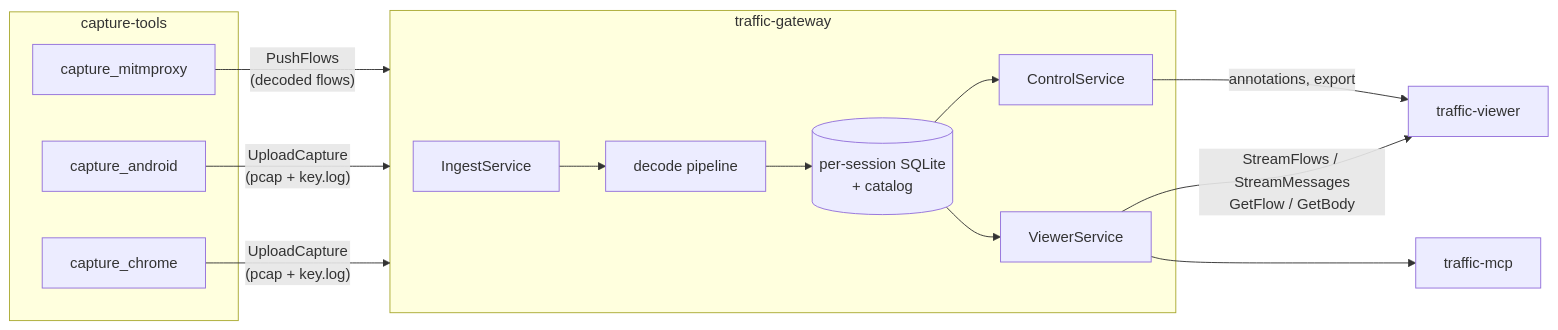
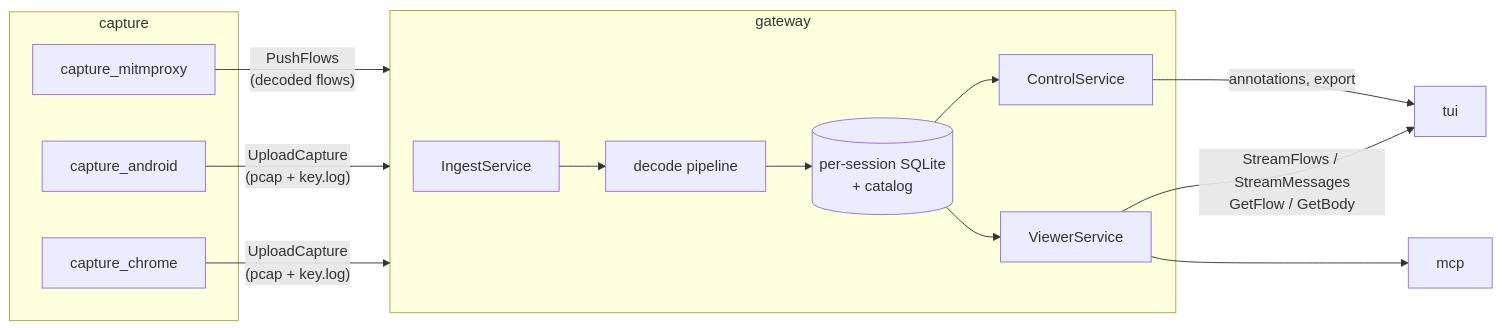
The first of 4 diagrams in docs/architecture.md (nklyshko/traffic-deck), drawn with Mermaid before and after one commit. The commit also changed other lines of this file and 203 other files, not shown here.

````diff
--- a/docs/architecture.md
+++ b/docs/architecture.md
@@ -17,27 +17,27 @@
 ```mermaid
 flowchart LR
-  subgraph capture[capture-tools]
+  subgraph capture[capture]
     chrome[capture_chrome]
     mitm[capture_mitmproxy]
     android[capture_android]
   end
 
   chrome -- "UploadCapture\n(pcap + key.log)" --> gw
   android -- "UploadCapture\n(pcap + key.log)" --> gw
   mitm -- "PushFlows\n(decoded flows)" --> gw
 
-  subgraph gw[traffic-gateway]
+  subgraph gw[gateway]
     ingest[IngestService]
     decode[decode pipeline]
     store[(per-session SQLite\n+ catalog)]
     viewer[ViewerService]
     control[ControlService]
     ingest --> decode --> store
     store --> viewer
     store --> control
   end
 
-  viewer -- "StreamFlows / StreamMessages\nGetFlow / GetBody" --> tui[traffic-viewer]
-  viewer --> mcp[traffic-mcp]
+  viewer -- "StreamFlows / StreamMessages\nGetFlow / GetBody" --> tui[tui]
+  viewer --> mcp[mcp]
   control -- "annotations, export" --> tui
 ```
````
